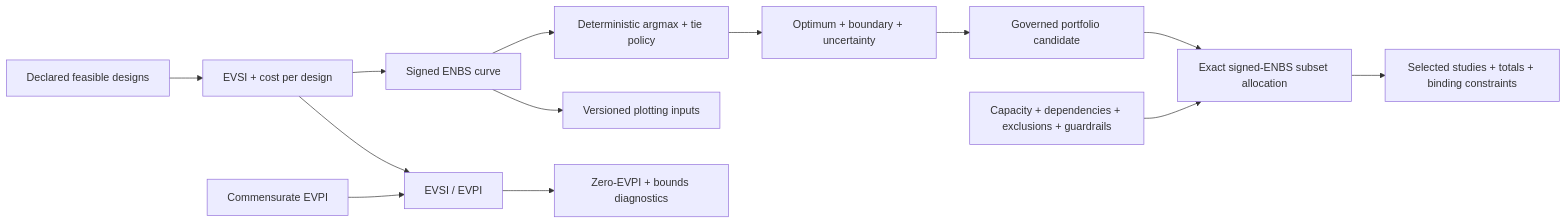
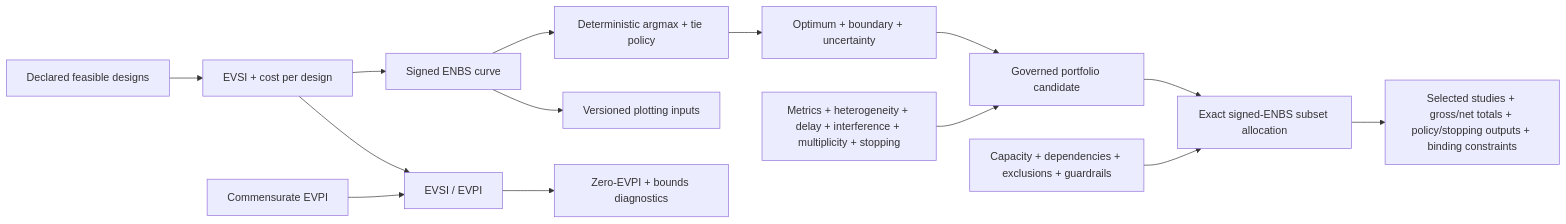
The diagram in conductor/tracks/study_design_efficiency_20260727/design.md (edithatogo/voiage), drawn with Mermaid before and after one commit. The commit also changed 18 other files, not shown here.

````diff
--- a/conductor/tracks/study_design_efficiency_20260727/design.md
+++ b/conductor/tracks/study_design_efficiency_20260727/design.md
@@ -3,15 +3,16 @@
 ```mermaid
 flowchart LR
     Designs["Declared feasible designs"] --> Evaluate["EVSI + cost per design"]
     Evaluate --> Curve["Signed ENBS curve"]
     Curve --> Select["Deterministic argmax + tie policy"]
     Select --> Optimum["Optimum + boundary + uncertainty"]
     Curve --> Plot["Versioned plotting inputs"]
     EVPI["Commensurate EVPI"] --> Ratio["EVSI / EVPI"]
     Evaluate --> Ratio
     Ratio --> Guard["Zero-EVPI + bounds diagnostics"]
     Optimum --> Candidate["Governed portfolio candidate"]
+    Semantics["Metrics + heterogeneity + delay + interference + multiplicity + stopping"] --> Candidate
     Candidate --> Portfolio["Exact signed-ENBS subset allocation"]
     Constraints["Capacity + dependencies + exclusions + guardrails"] --> Portfolio
-    Portfolio --> Allocation["Selected studies + totals + binding constraints"]
+    Portfolio --> Allocation["Selected studies + gross/net totals + policy/stopping outputs + binding constraints"]
 ```
````
